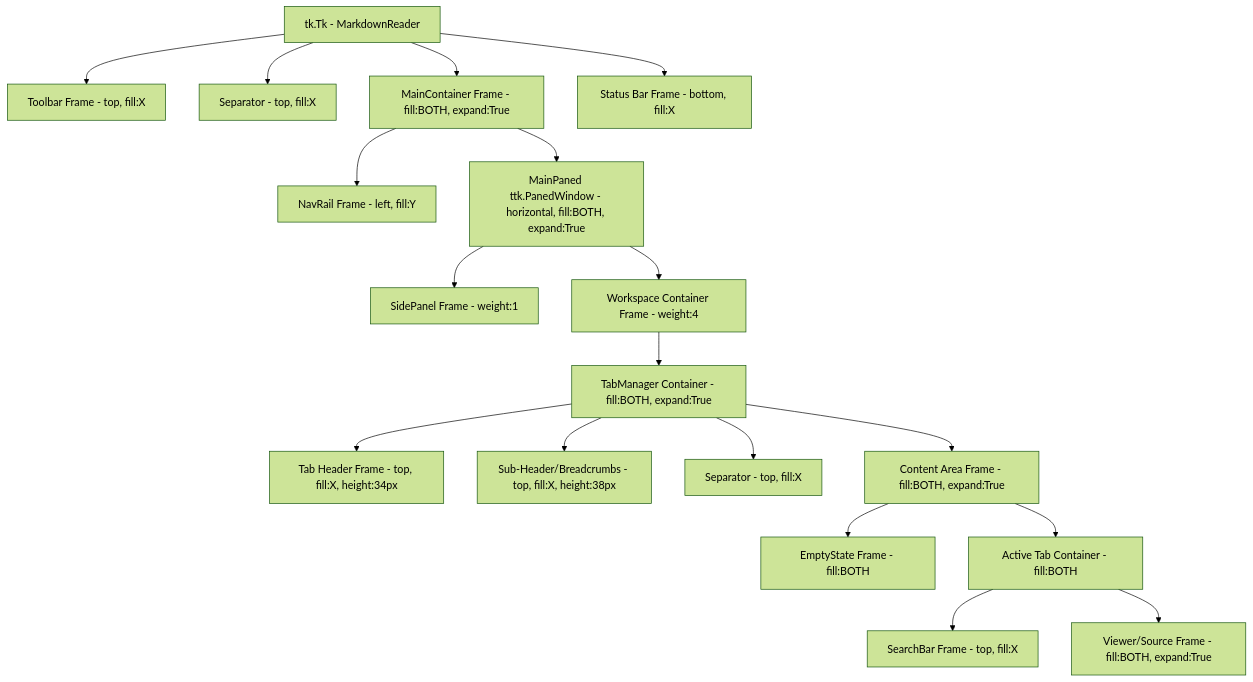
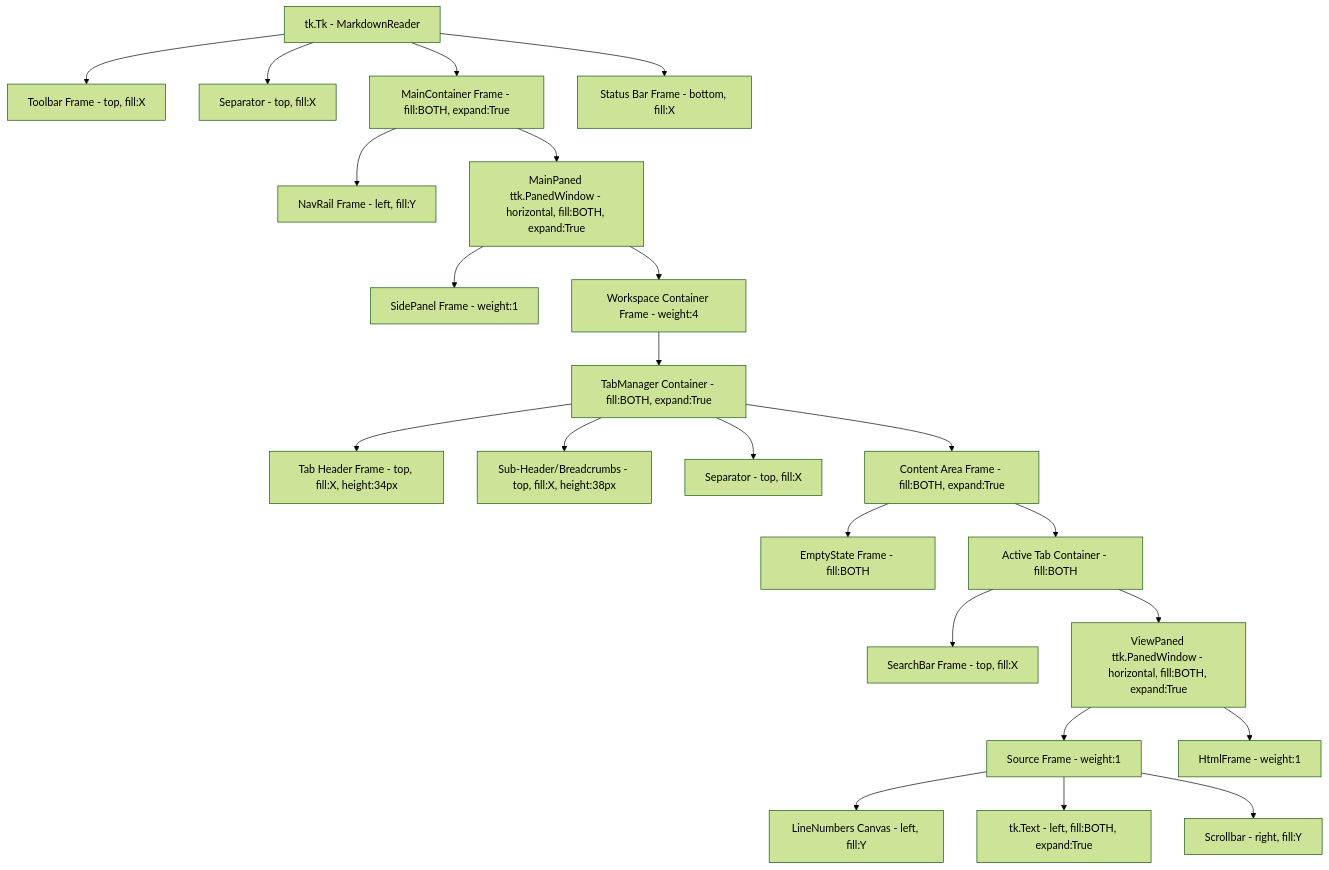
The diagram in ui/UI_STRUCTURE.md (janmaru/mahamudra-md-viewer), drawn with Mermaid (forest theme) before and after one commit. The commit also changed other lines of this file and 24 other files, not shown here.

````diff
--- a/ui/UI_STRUCTURE.md
+++ b/ui/UI_STRUCTURE.md
@@ -9,26 +9,31 @@
 ```mermaid
 graph TD
     Root[tk.Tk - MarkdownReader] --> Toolbar[Toolbar Frame - top, fill:X]
     Root --> Sep1[Separator - top, fill:X]
     Root --> MainCont[MainContainer Frame - fill:BOTH, expand:True]
     Root --> Status[Status Bar Frame - bottom, fill:X]
 
     MainCont --> NavRail[NavRail Frame - left, fill:Y]
     MainCont --> MainPaned[MainPaned ttk.PanedWindow - horizontal, fill:BOTH, expand:True]
 
     MainPaned --> Sidebar[SidePanel Frame - weight:1]
     MainPaned --> Workspace[Workspace Container Frame - weight:4]
 
     Workspace --> TabMgr[TabManager Container - fill:BOTH, expand:True]
     
     TabMgr --> TabHeader[Tab Header Frame - top, fill:X, height:34px]
     TabMgr --> SubHeader[Sub-Header/Breadcrumbs - top, fill:X, height:38px]
     TabMgr --> Sep2[Separator - top, fill:X]
     TabMgr --> Content[Content Area Frame - fill:BOTH, expand:True]
 
     Content --> EmptyState[EmptyState Frame - fill:BOTH]
     Content --> ActiveTab[Active Tab Container - fill:BOTH]
 
     ActiveTab --> SearchBar[SearchBar Frame - top, fill:X]
-    ActiveTab --> Viewer[Viewer/Source Frame - fill:BOTH, expand:True]
+    ActiveTab --> ViewPaned[ViewPaned ttk.PanedWindow - horizontal, fill:BOTH, expand:True]
+    ViewPaned --> Editor[Source Frame - weight:1]
+    Editor --> Gutter[LineNumbers Canvas - left, fill:Y]
+    Editor --> EditorText[tk.Text - left, fill:BOTH, expand:True]
+    Editor --> EditorBar[Scrollbar - right, fill:Y]
+    ViewPaned --> Viewer[HtmlFrame - weight:1]
 ```
````
